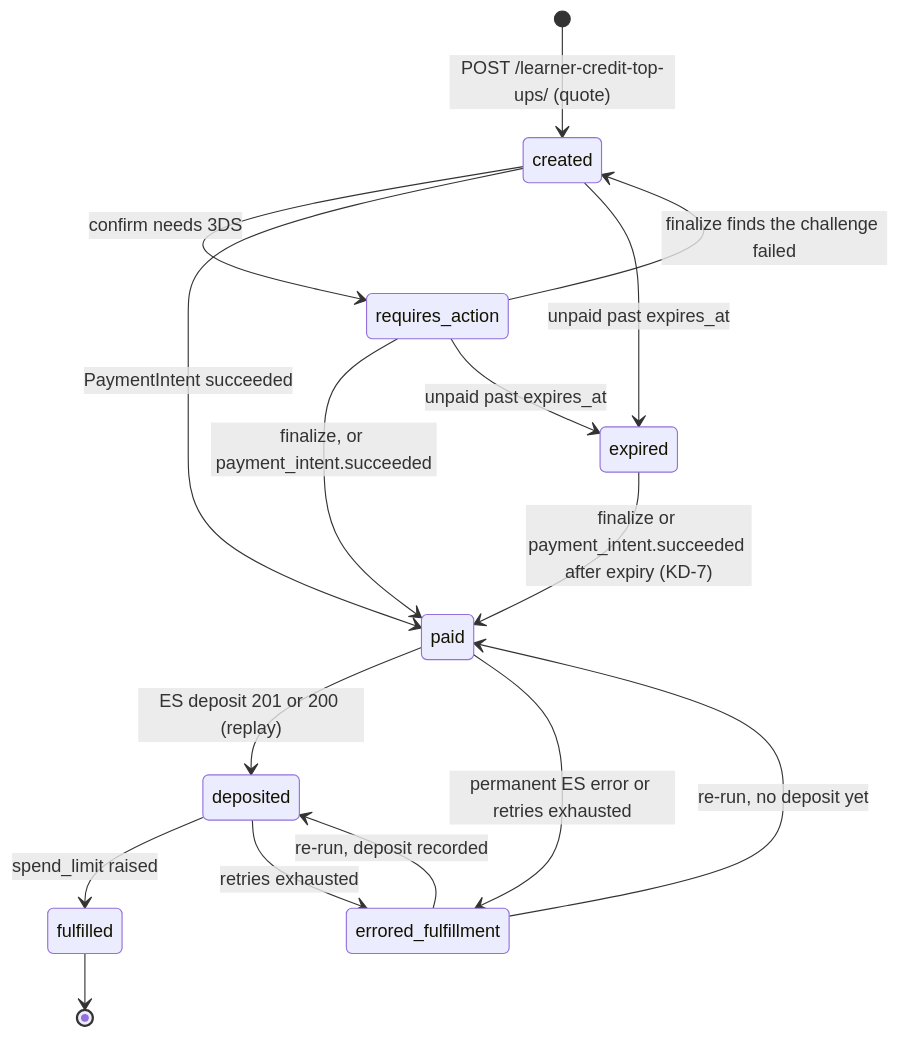
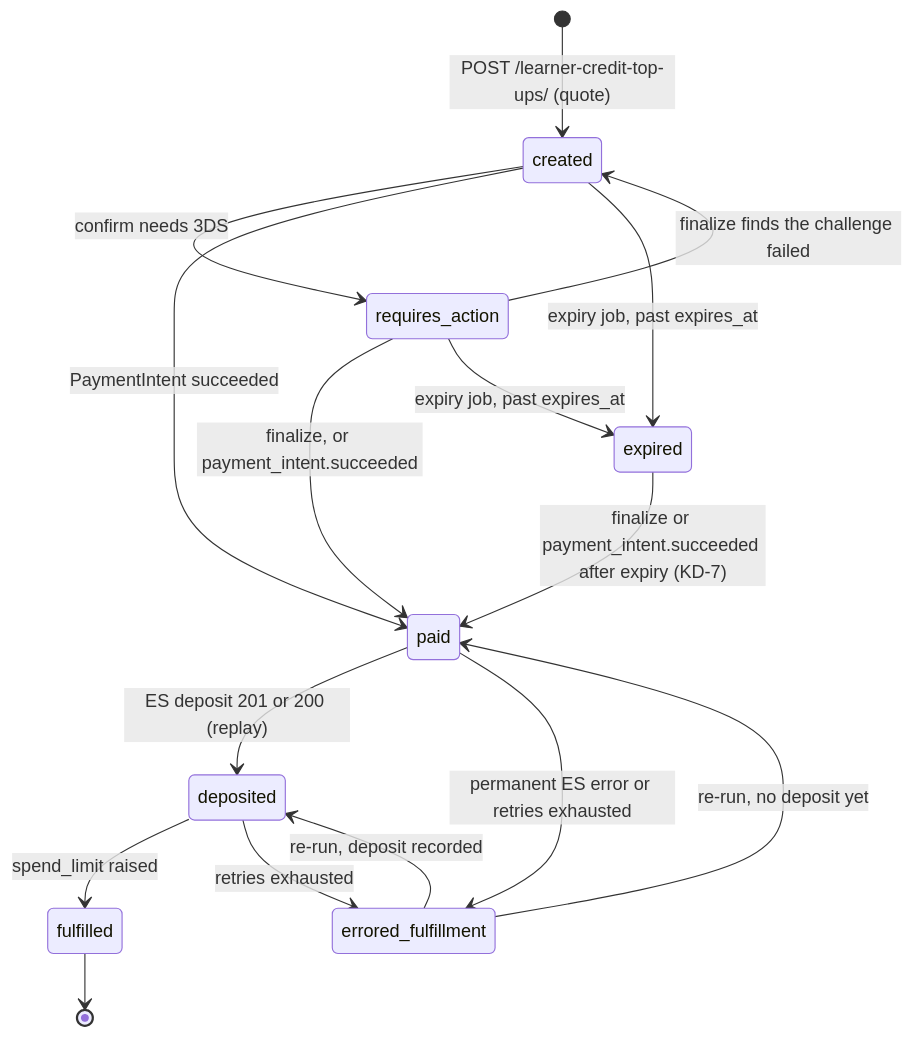
The second of 5 diagrams in docs/plans/tech-spec.md (edx/enterprise-access), drawn with Mermaid before and after one commit. The commit also changed other lines of this file and 1 other file, not shown here.

````diff
--- a/docs/plans/tech-spec.md
+++ b/docs/plans/tech-spec.md
@@ -677,18 +811,18 @@
 ```mermaid
 stateDiagram-v2
     [*] --> created: POST /learner-credit-top-ups/ (quote)
     created --> requires_action: confirm needs 3DS
     requires_action --> created: finalize finds the challenge failed
     created --> paid: PaymentIntent succeeded
     requires_action --> paid: finalize, or payment_intent.succeeded
-    created --> expired: unpaid past expires_at
-    requires_action --> expired: unpaid past expires_at
+    created --> expired: expiry job, past expires_at
+    requires_action --> expired: expiry job, past expires_at
     expired --> paid: finalize or payment_intent.succeeded after expiry (KD-7)
     paid --> deposited: ES deposit 201 or 200 (replay)
     deposited --> fulfilled: spend_limit raised
     paid --> errored_fulfillment: permanent ES error or retries exhausted
     deposited --> errored_fulfillment: retries exhausted
     errored_fulfillment --> paid: re-run, no deposit yet
     errored_fulfillment --> deposited: re-run, deposit recorded
     fulfilled --> [*]
 ```
````
